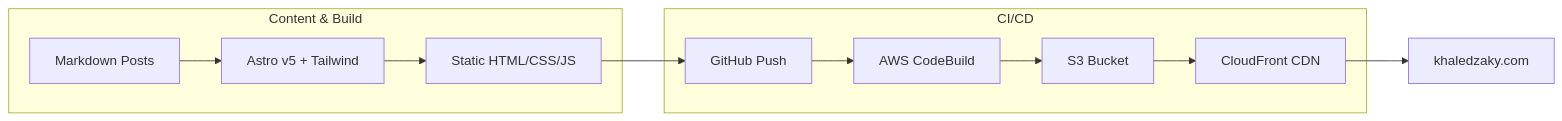
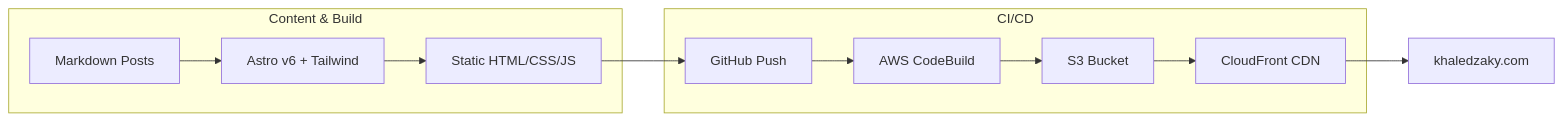
Before and after one commit to kzaky/khaledzaky.com: the first of 4 diagrams in README.md, drawn with Mermaid. The commit also changed other lines of this file and 10 other files, not shown here.

````diff
--- a/README.md
+++ b/README.md
@@ -21,16 +21,16 @@
 ```mermaid
 graph LR
     subgraph "Content & Build"
-        A[Markdown Posts] --> B[Astro v5 + Tailwind]
+        A[Markdown Posts] --> B[Astro v6 + Tailwind]
         B --> C[Static HTML/CSS/JS]
     end
 
     subgraph "CI/CD"
         D[GitHub Push] --> E[AWS CodeBuild]
         E --> F[S3 Bucket]
         F --> G[CloudFront CDN]
     end
 
     C --> D
     G --> H[khaledzaky.com]
 ```
````
